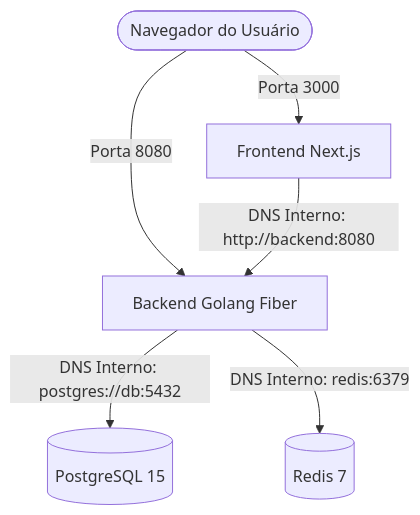
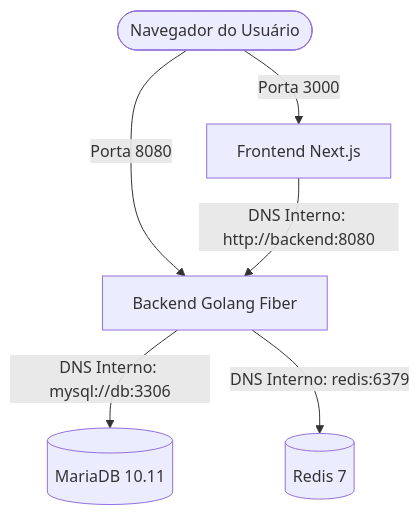
Before and after one commit to gsantosc18/client-support: the diagram in docs/infra-containerization.md, drawn with Mermaid. The commit also changed other lines of this file and 36 other files, not shown here.

Commit message:
chore: migrate database infrastructure from PostgreSQL to MariaDB including schema updates, domain model adjustments, and technical specifications.

````diff
--- a/docs/infra-containerization.md
+++ b/docs/infra-containerization.md
@@ -13,8 +13,8 @@
 ```mermaid
 graph TD
     User([Navegador do Usuário]) -->|Porta 3000| Front[Frontend Next.js]
     User -->|Porta 8080| Back[Backend Golang Fiber]
     Front -->|DNS Interno: http://backend:8080| Back
-    Back -->|DNS Interno: postgres://db:5432| DB[(PostgreSQL 15)]
+    Back -->|DNS Interno: mysql://db:3306| DB[(MariaDB 10.11)]
     Back -->|DNS Interno: redis:6379| RD[(Redis 7)]
 ```
````
